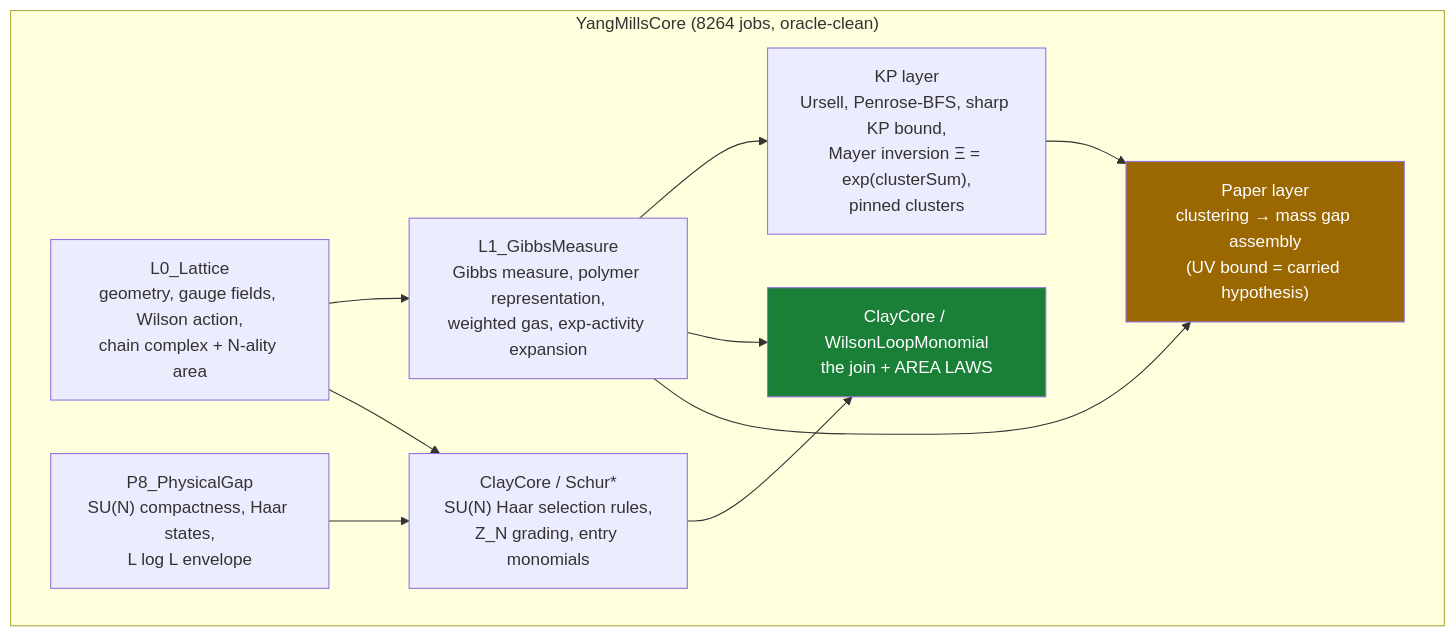
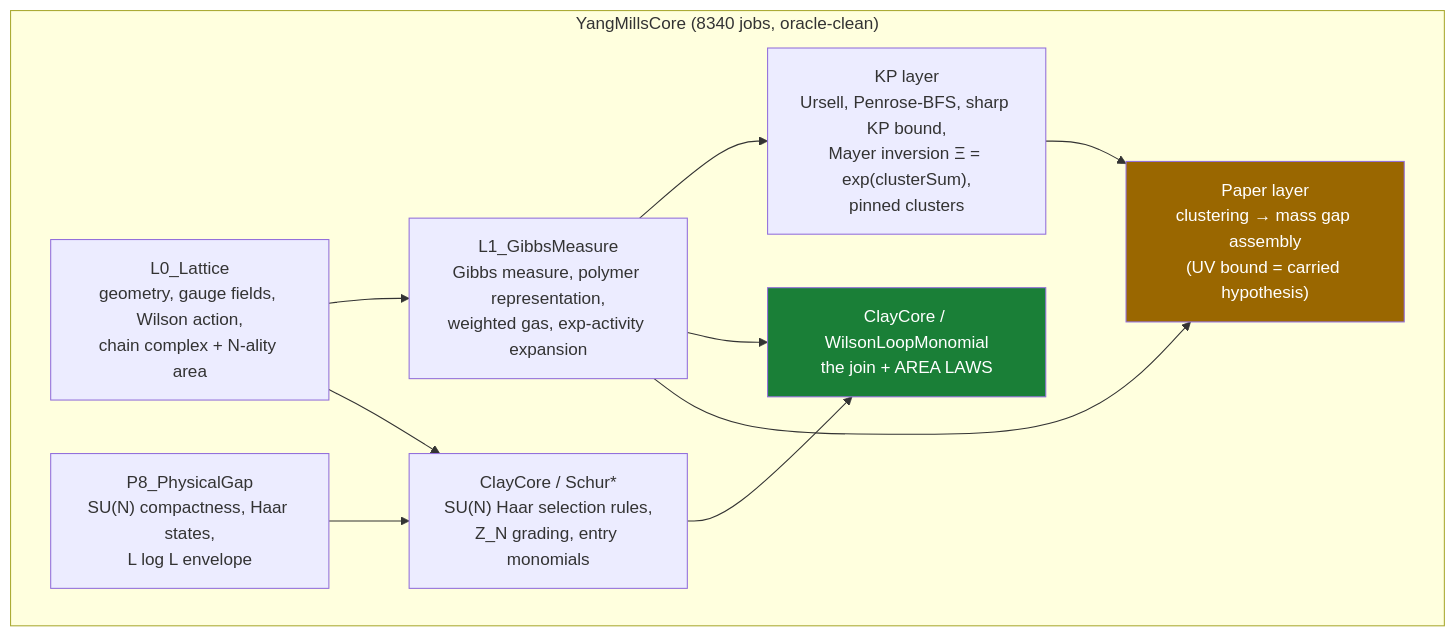
One commit to lluiseriksson/THE-ERIKSSON-PROGRAMME changed the diagram in README.md. Above: the diagram before and after it, drawn with Mermaid. The commit also changed other lines of this file and 10 other files, not shown here.

````diff
--- a/README.md
+++ b/README.md
@@ -203,20 +301,20 @@
 ```mermaid
 graph TD
-    subgraph core["YangMillsCore  (8264 jobs, oracle-clean)"]
+    subgraph core["YangMillsCore  (8340 jobs, oracle-clean)"]
         L0["L0_Lattice<br/>geometry, gauge fields, Wilson action,<br/>chain complex + N-ality area"]
         L1["L1_GibbsMeasure<br/>Gibbs measure, polymer representation,<br/>weighted gas, exp-activity expansion"]
         KP["KP layer<br/>Ursell, Penrose-BFS, sharp KP bound,<br/>Mayer inversion Ξ = exp(clusterSum),<br/>pinned clusters"]
         SCHUR["ClayCore / Schur*<br/>SU(N) Haar selection rules,<br/>Z_N grading, entry monomials"]
         WLM["ClayCore / WilsonLoopMonomial<br/>the join + AREA LAWS"]
         PAPER["Paper layer<br/>clustering → mass gap assembly<br/>(UV bound = carried hypothesis)"]
         P8["P8_PhysicalGap<br/>SU(N) compactness, Haar states,<br/>L log L envelope"]
     end
     L0 --> L1 --> KP
     L0 --> SCHUR --> WLM
     L1 --> WLM
     L1 --> PAPER
     KP --> PAPER
     P8 --> SCHUR
     style WLM fill:#1a7f37,color:#fff
     style PAPER fill:#9a6700,color:#fff
 ```
````
